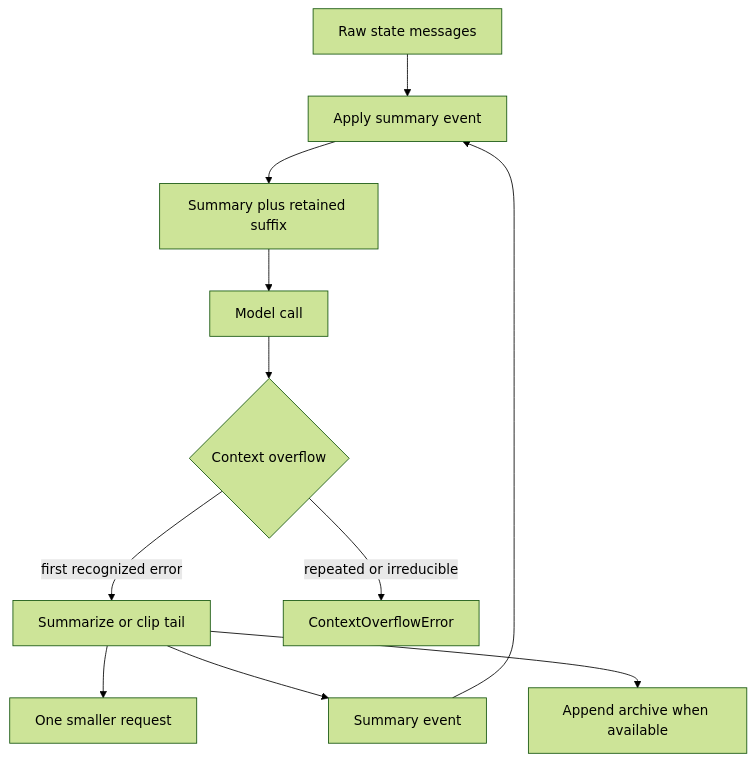
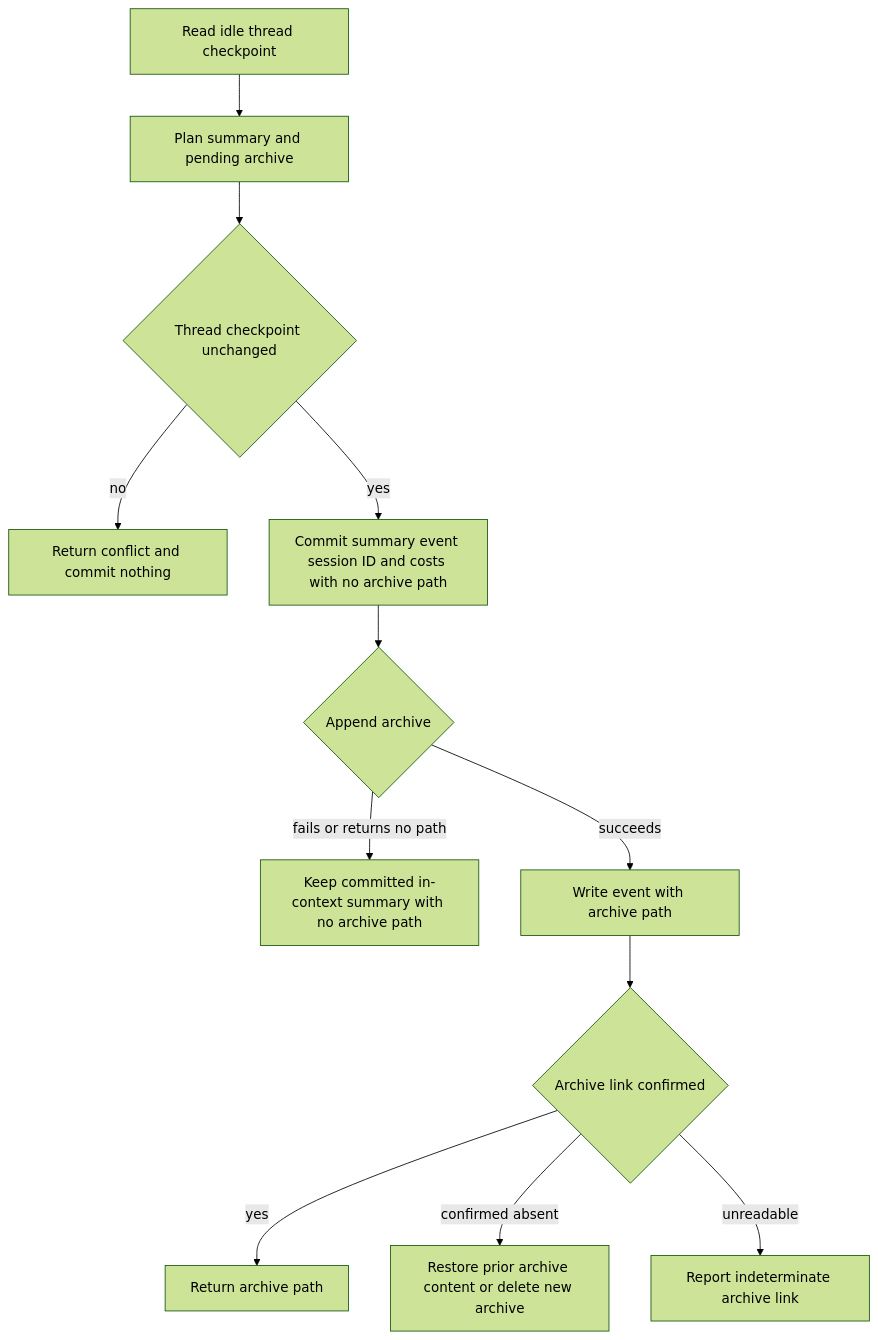
Before and after one commit to langchain-ai/deepagents: the diagram in openwiki/concepts/context-management.md, drawn with Mermaid (forest theme). The commit also changed other lines of this file and 63 other files, not shown here.

````diff
--- a/openwiki/concepts/context-management.md
+++ b/openwiki/concepts/context-management.md
@@ -52,13 +83,14 @@
 ```mermaid
 flowchart TD
-    Raw["Raw state messages"] --> Apply["Apply summary event"]
-    Event["Summary event"] --> Apply
-    Apply --> Effective["Summary plus retained suffix"]
-    Effective --> Call["Model call"]
-    Call --> Overflow{"Context overflow"}
-    Overflow -->|"first recognized error"| Compact["Summarize or clip tail"]
-    Compact --> Retry["One smaller request"]
-    Overflow -->|"repeated or irreducible"| Terminal["ContextOverflowError"]
-    Compact --> Event
-    Compact --> Archive["Append archive when available"]
+    Start["Read idle thread checkpoint"] --> Plan["Plan summary and pending archive"]
+    Plan --> Check{"Thread checkpoint unchanged"}
+    Check -->|"no"| Conflict["Return conflict and commit nothing"]
+    Check -->|"yes"| Reserve["Commit summary event session ID and costs with no archive path"]
+    Reserve --> Append{"Append archive"}
+    Append -->|"fails or returns no path"| SummaryOnly["Keep committed in-context summary with no archive path"]
+    Append -->|"succeeds"| Link["Write event with archive path"]
+    Link --> Linked{"Archive link confirmed"}
+    Linked -->|"yes"| Done["Return archive path"]
+    Linked -->|"confirmed absent"| Rollback["Restore prior archive content or delete new archive"]
+    Linked -->|"unreadable"| Indeterminate["Report indeterminate archive link"]
 ```
````
